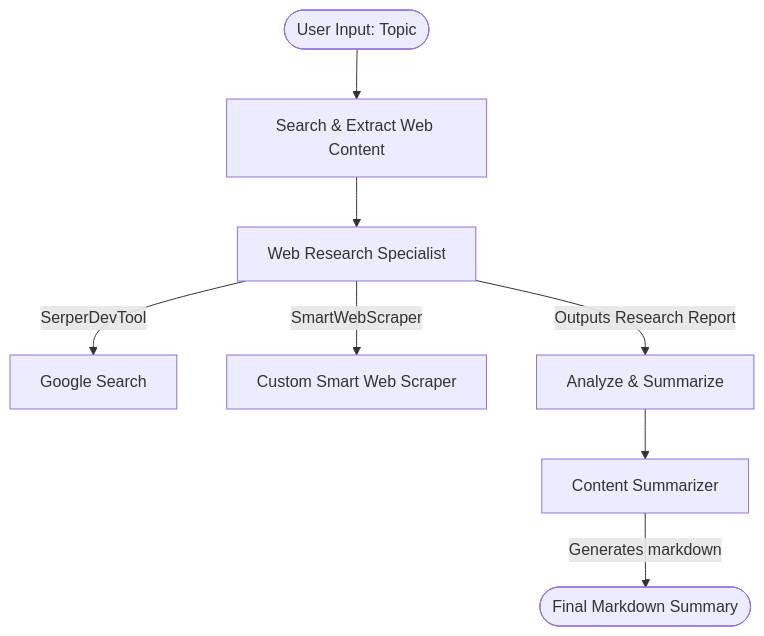
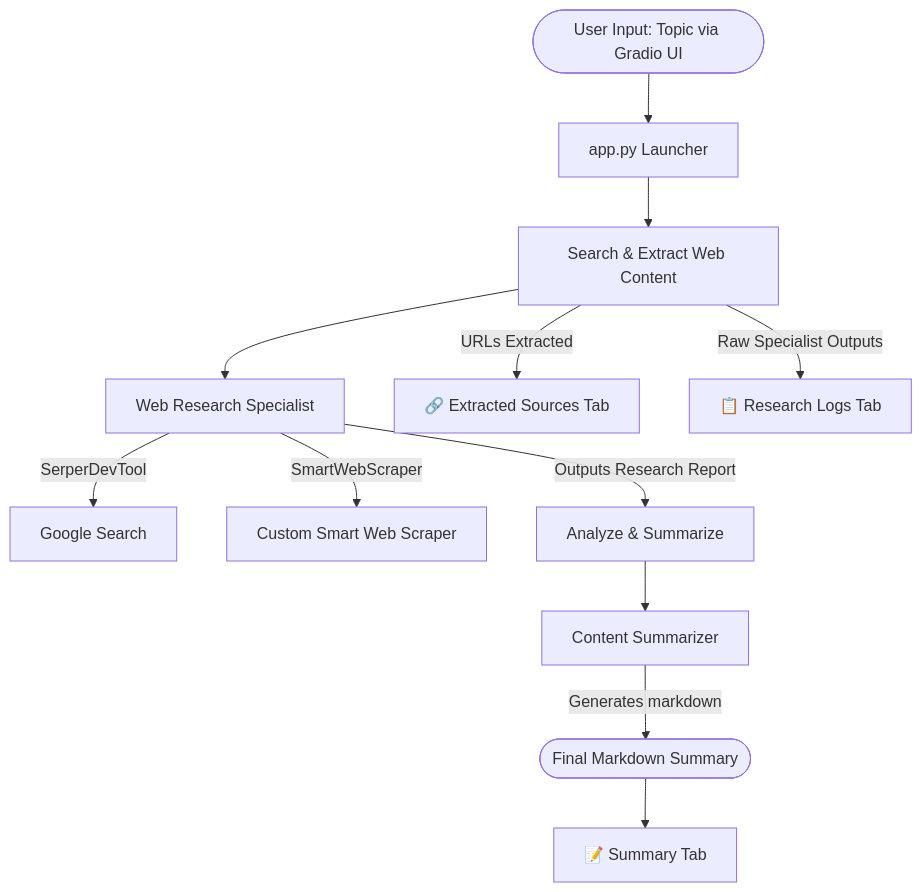
The diagram in README.md (Prathamesh-Udoshi/crewai-web-summarizer), drawn with Mermaid before and after one commit. The commit also changed other lines of this file, not shown here.

Commit message:
docs: update README description and diagram to include Gradio UI

````diff
--- a/README.md
+++ b/README.md
@@ -11,10 +11,14 @@
 ```mermaid
 graph TD
-    User([User Input: Topic]) --> Task1[Search & Extract Web Content]
+    User([User Input: Topic via Gradio UI]) --> Launch[app.py Launcher]
+    Launch --> Task1[Search & Extract Web Content]
     Task1 --> Agent1[Web Research Specialist]
     Agent1 -->|SerperDevTool| Web[Google Search]
     Agent1 -->|SmartWebScraper| Scraping[Custom Smart Web Scraper]
     Agent1 -->|Outputs Research Report| Task2[Analyze & Summarize]
     Task2 --> Agent2[Content Summarizer]
     Agent2 -->|Generates markdown| Output([Final Markdown Summary])
+    Output --> UI_Summary[📝 Summary Tab]
+    Task1 -->|URLs Extracted| UI_Sources[🔗 Extracted Sources Tab]
+    Task1 -->|Raw Specialist Outputs| UI_Logs[📋 Research Logs Tab]
 ```
````
